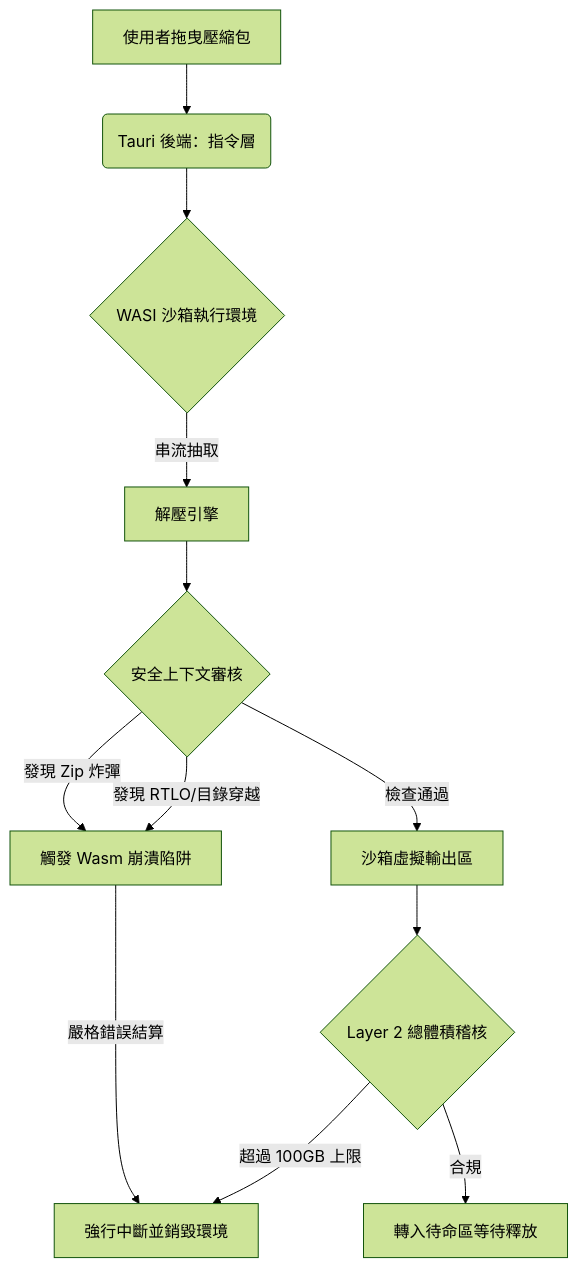
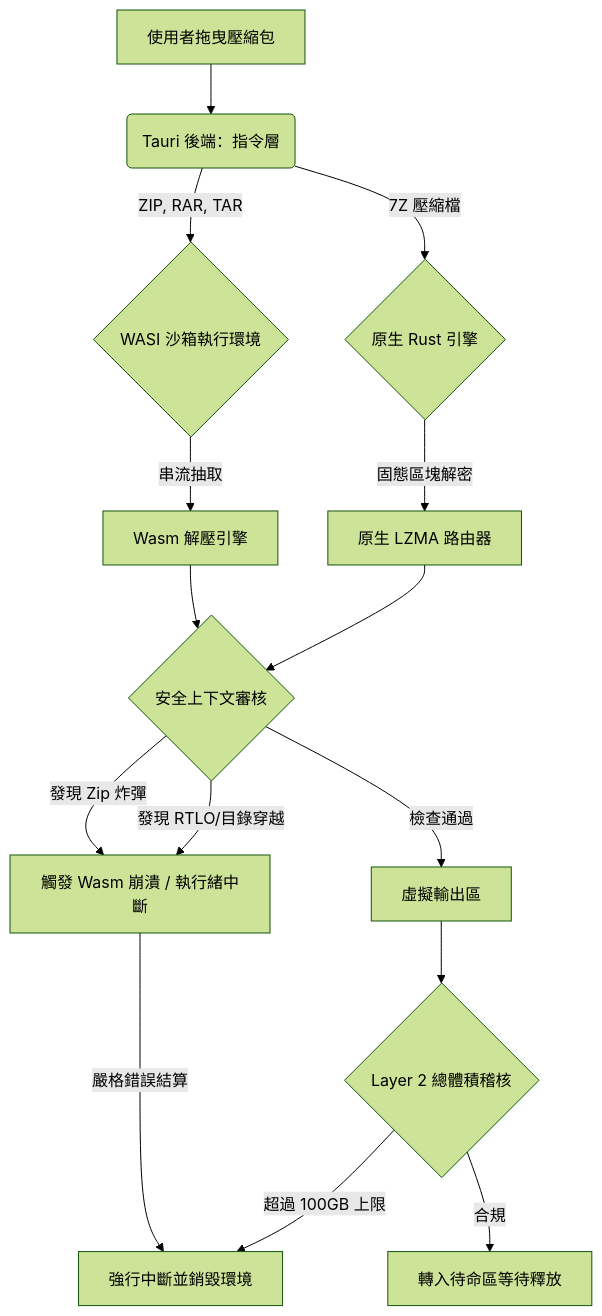
One commit to Cyber-Sec-Space/zdefuser changed the second of 2 diagrams in README.md. Above: the diagram before and after it, drawn with Mermaid (forest theme). The commit also changed other lines of this file, not shown here.

Commit message:
docs: correct architectural diagrams to reflect native 7z routing

````diff
--- a/README.md
+++ b/README.md
@@ -128,18 +133,23 @@
 ```mermaid
 graph TD;
     A[使用者拖曳壓縮包] --> B(Tauri 後端：指令層);
-    B --> C{WASI 沙箱執行環境};
     
-    C -->|串流抽取| D[解壓引擎];
+    B -->|ZIP, RAR, TAR| C{WASI 沙箱執行環境};
+    B -->|7Z 壓縮檔| N{原生 Rust 引擎};
+    
+    C -->|串流抽取| D[Wasm 解壓引擎];
+    N -->|固態區塊解密| D2[原生 LZMA 路由器];
+    
     D --> E{安全上下文審核};
+    D2 --> E;
     
-    E -->|發現 Zip 炸彈| F[觸發 Wasm 崩潰陷阱];
-    E -->|發現 RTLO/目錄穿越| F[觸發 Wasm 崩潰陷阱];
-    E -->|檢查通過| G[沙箱虛擬輸出區];
+    E -->|發現 Zip 炸彈| F[觸發 Wasm 崩潰 / 執行緒中斷];
+    E -->|發現 RTLO/目錄穿越| F;
+    E -->|檢查通過| G[虛擬輸出區];
     
     F -->|嚴格錯誤結算| H[強行中斷並銷毀環境];
     G --> I{Layer 2 總體積稽核};
     
     I -->|超過 100GB 上限| H;
     I -->|合規| J[轉入待命區等待釋放];
 ```
````
